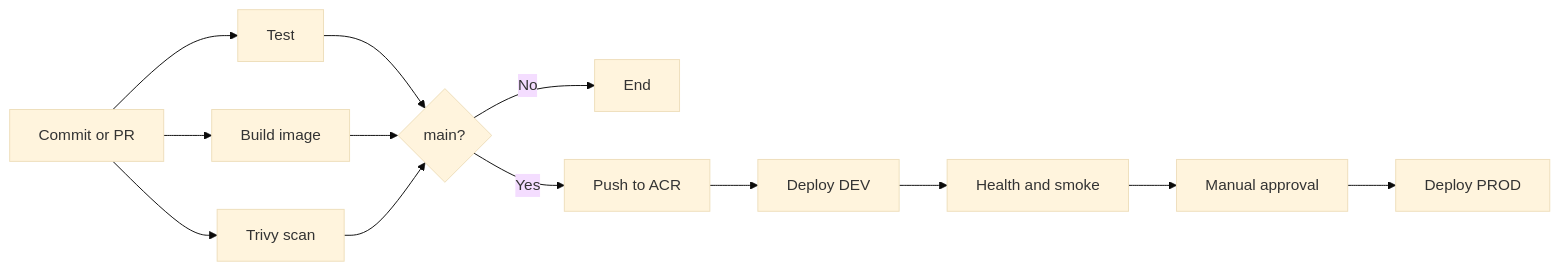
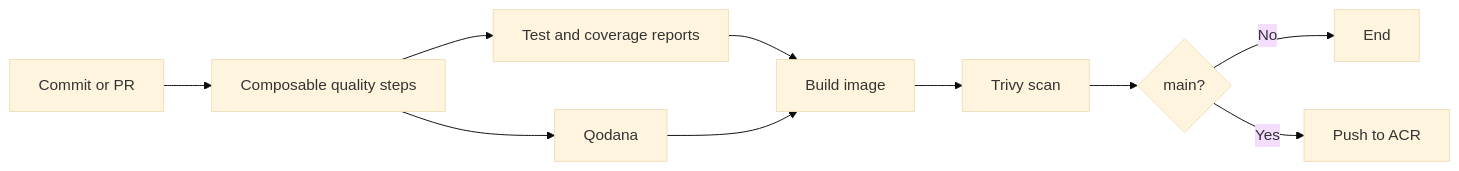
The second of 2 diagrams in README.md (Azure-DevOps-E2E/config-management), drawn with Mermaid (base theme) before and after one commit. The commit also changed other lines of this file and 25 other files, not shown here.

````diff
--- a/README.md
+++ b/README.md
@@ -170,15 +161,12 @@
 ```mermaid
 flowchart LR
-    C[Commit or PR] --> T[Test]
-    C --> B[Build image]
-    C --> S[Trivy scan]
-    T --> M{main?}
-    B --> M
-    S --> M
+    C[Commit or PR] --> Q[Composable quality steps]
+    Q --> T[Test and coverage reports]
+    Q --> D[Qodana]
+    T --> B[Build image]
+    D --> B
+    B --> S[Trivy scan]
+    S --> M{main?}
     M -->|No| E[End]
     M -->|Yes| A[Push to ACR]
-    A --> D[Deploy DEV]
-    D --> V[Health and smoke]
-    V --> P[Manual approval]
-    P --> R[Deploy PROD]
 ```
````
